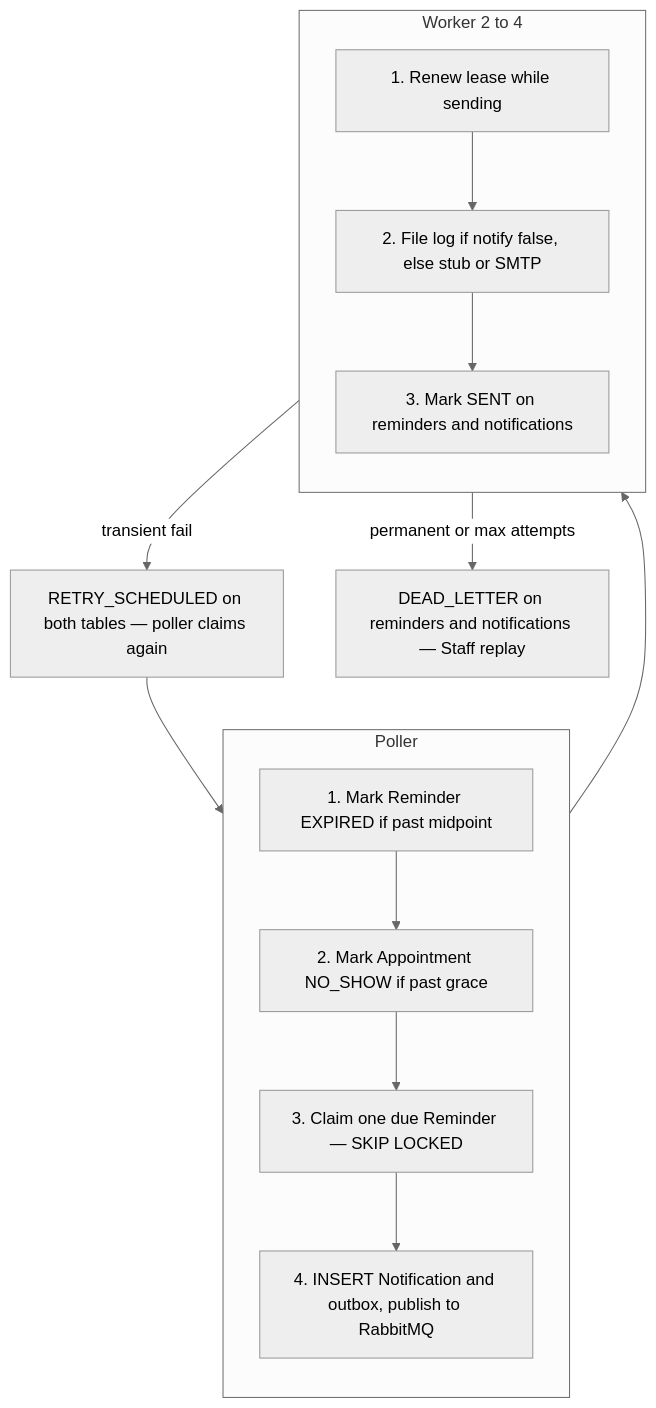
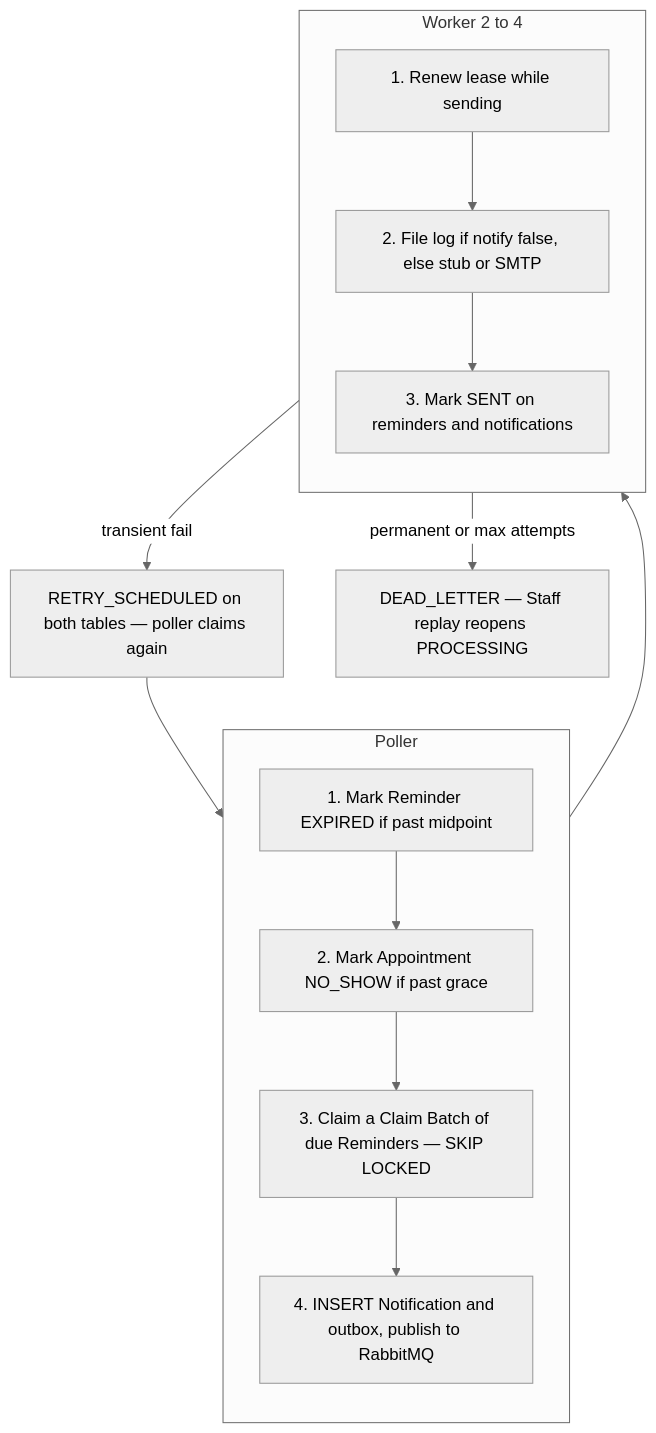
The third of 3 diagrams in docs/architecture.md (GreatNerve/Dealership-Backend), drawn with Mermaid (neutral theme) before and after one commit. The commit also changed other lines of this file and 65 other files, not shown here.

````diff
--- a/docs/architecture.md
+++ b/docs/architecture.md
@@ -76,26 +76,26 @@
 ```mermaid
 flowchart TB
   subgraph poller [Poller]
     direction TB
     P1["1. Mark Reminder EXPIRED if past midpoint"]
     P2["2. Mark Appointment NO_SHOW if past grace"]
-    P3["3. Claim one due Reminder — SKIP LOCKED"]
+    P3["3. Claim a Claim Batch of due Reminders — SKIP LOCKED"]
     P4["4. INSERT Notification and outbox, publish to RabbitMQ"]
     P1 --> P2 --> P3 --> P4
   end
 
   subgraph worker [Worker 2 to 4]
     direction TB
     W1["1. Renew lease while sending"]
     W2["2. File log if notify false, else stub or SMTP"]
     W3["3. Mark SENT on reminders and notifications"]
     W1 --> W2 --> W3
   end
 
   Retry["RETRY_SCHEDULED on both tables — poller claims again"]
-  Dead["DEAD_LETTER on reminders and notifications — Staff replay"]
+  Dead["DEAD_LETTER — Staff replay reopens PROCESSING"]
 
   poller --> worker
   worker -->|transient fail| Retry --> poller
   worker -->|permanent or max attempts| Dead
 ```
````
